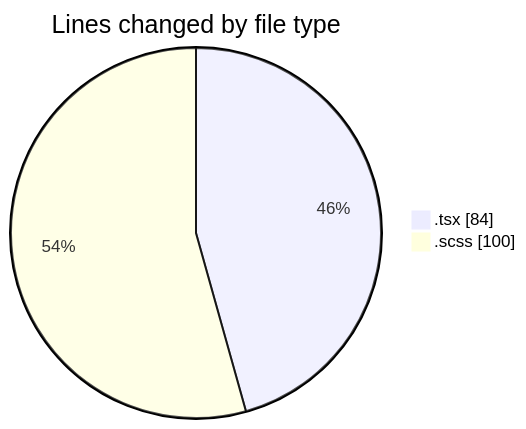
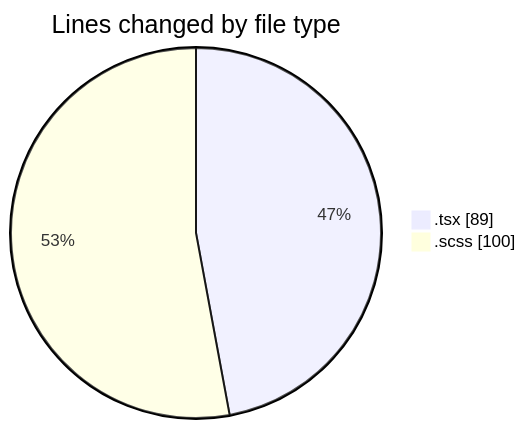
Before and after one commit to momahboobian/code-tracking: the first of 2 diagrams in 2026-04-16/cda/README.md, drawn with Mermaid. The commit also changed other lines of this file and 1 other file, not shown here.

````diff
--- a/2026-04-16/cda/README.md
+++ b/2026-04-16/cda/README.md
@@ -22,6 +22,6 @@
 ```mermaid
 pie showData
 title Lines changed by file type
-".tsx" : 84
+".tsx" : 89
 ".scss" : 100
 ```
````
